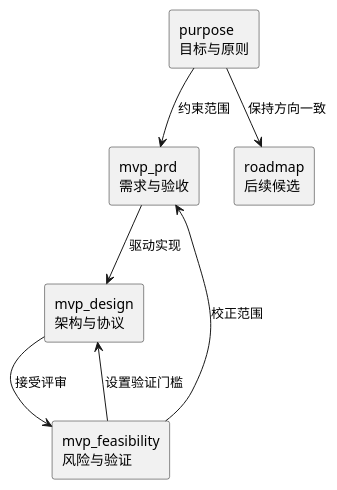
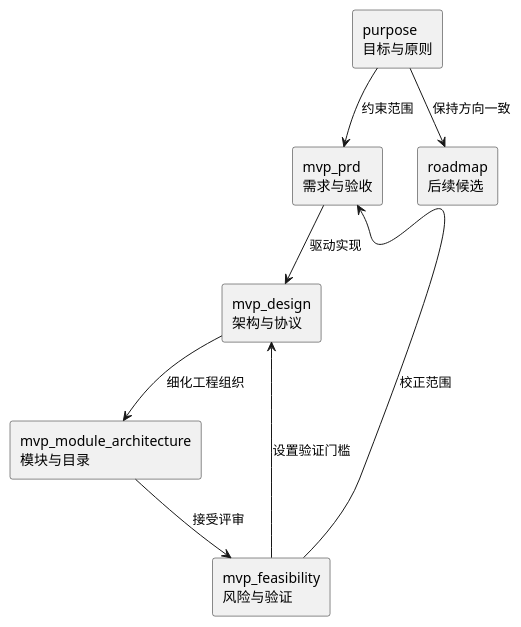
Before and after one commit to Mort2000/engirdle: the diagram in .scratch/README.md, drawn with PlantUML. The commit also changed other lines of this file and 2 other files, not shown here.

Commit message:
docs(architecture): define frontend and backend modules

````diff
--- a/.scratch/README.md
+++ b/.scratch/README.md
@@ -38,17 +40,19 @@
 ```plantuml
 @startuml
 skinparam shadowing false
 rectangle "purpose\n目标与原则" as Purpose
 rectangle "mvp_prd\n需求与验收" as PRD
 rectangle "mvp_design\n架构与协议" as Design
+rectangle "mvp_module_architecture\n模块与目录" as ModuleArchitecture
 rectangle "mvp_feasibility\n风险与验证" as Feasibility
 rectangle "roadmap\n后续候选" as Roadmap
 
 Purpose --> PRD : 约束范围
 PRD --> Design : 驱动实现
-Design --> Feasibility : 接受评审
+Design --> ModuleArchitecture : 细化工程组织
+ModuleArchitecture --> Feasibility : 接受评审
 Feasibility --> PRD : 校正范围
 Feasibility --> Design : 设置验证门槛
 Purpose --> Roadmap : 保持方向一致
 @enduml
 ```
````
